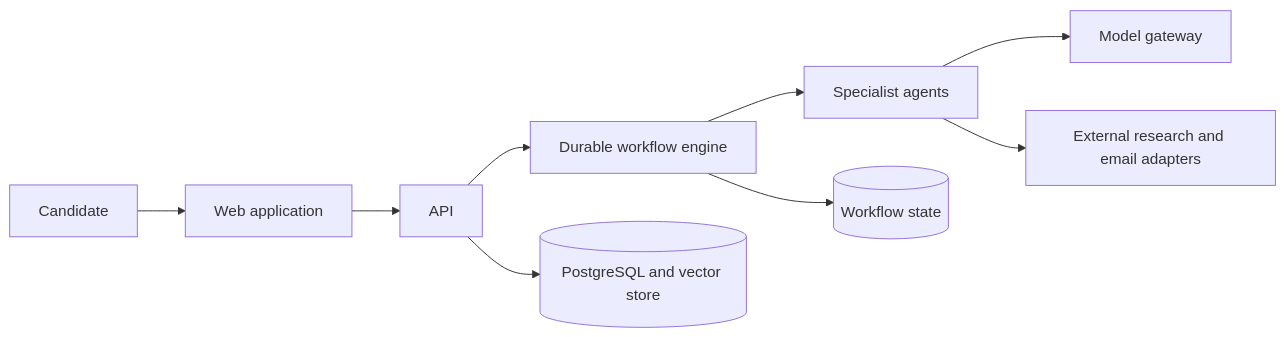
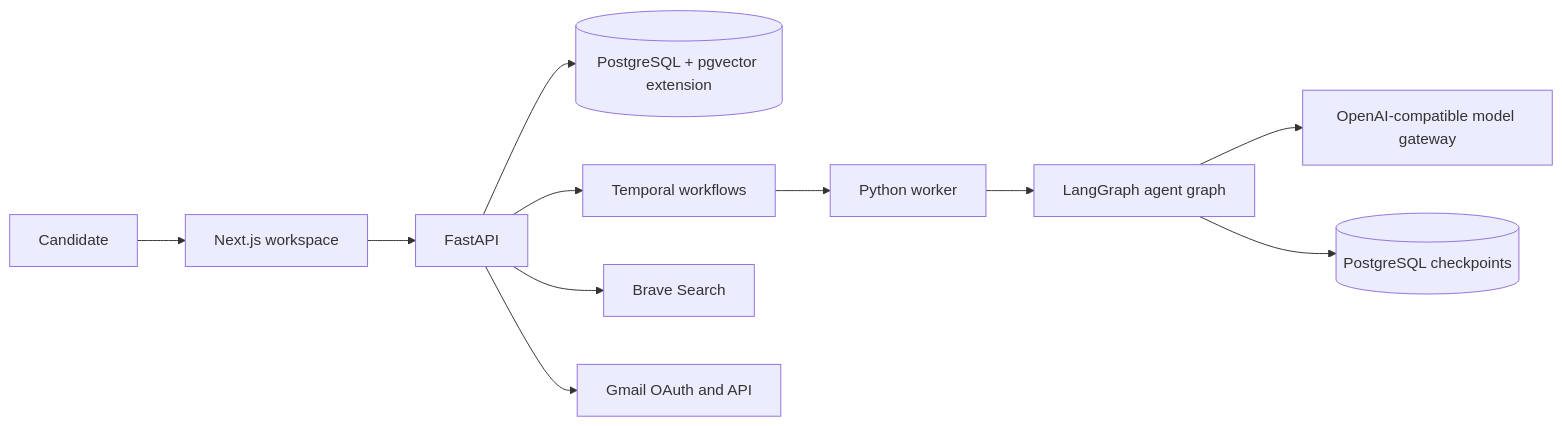
One commit to ashucfx/careerreach-ai changed the diagram in README.md. Above: the diagram before and after it, drawn with Mermaid. The commit also changed other lines of this file, not shown here.

Commit message:
docs(readme): document shipped MVP and remaining roadmap

````diff
--- a/README.md
+++ b/README.md
@@ -15,11 +35,13 @@
 ```mermaid
 flowchart LR
-    User[Candidate] --> Web[Web application]
-    Web --> API[API]
-    API --> Workflow[Durable workflow engine]
-    Workflow --> Agents[Specialist agents]
-    Agents --> Gateway[Model gateway]
-    Agents --> Tools[External research and email adapters]
-    API --> Data[(PostgreSQL and vector store)]
-    Workflow --> State[(Workflow state)]
+    Candidate[Candidate] --> Web[Next.js workspace]
+    Web --> API[FastAPI]
+    API --> Postgres[(PostgreSQL + pgvector extension)]
+    API --> Temporal[Temporal workflows]
+    Temporal --> Worker[Python worker]
+    Worker --> Graph[LangGraph agent graph]
+    Graph --> Models[OpenAI-compatible model gateway]
+    API --> Brave[Brave Search]
+    API --> Gmail[Gmail OAuth and API]
+    Graph --> Checkpoints[(PostgreSQL checkpoints)]
 ```
````
